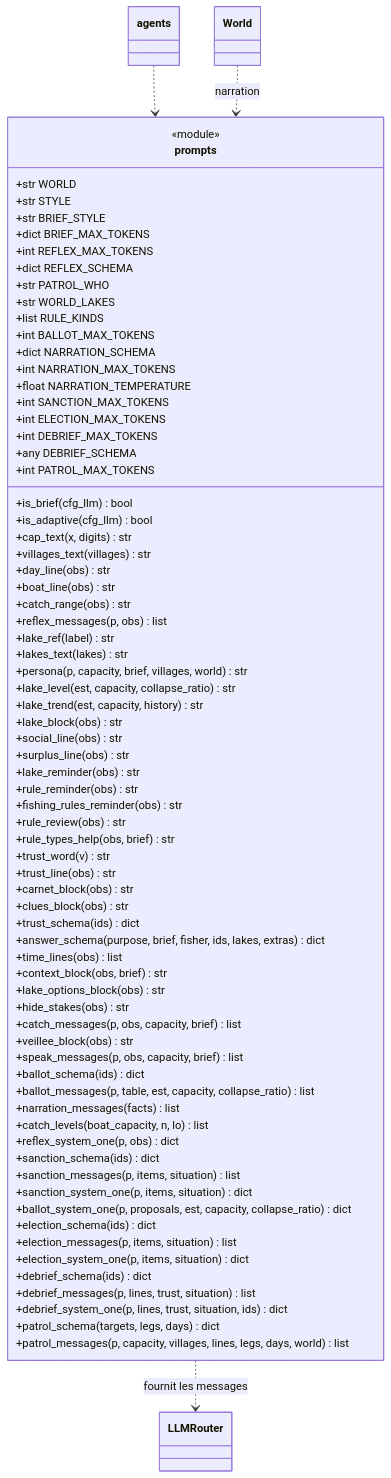
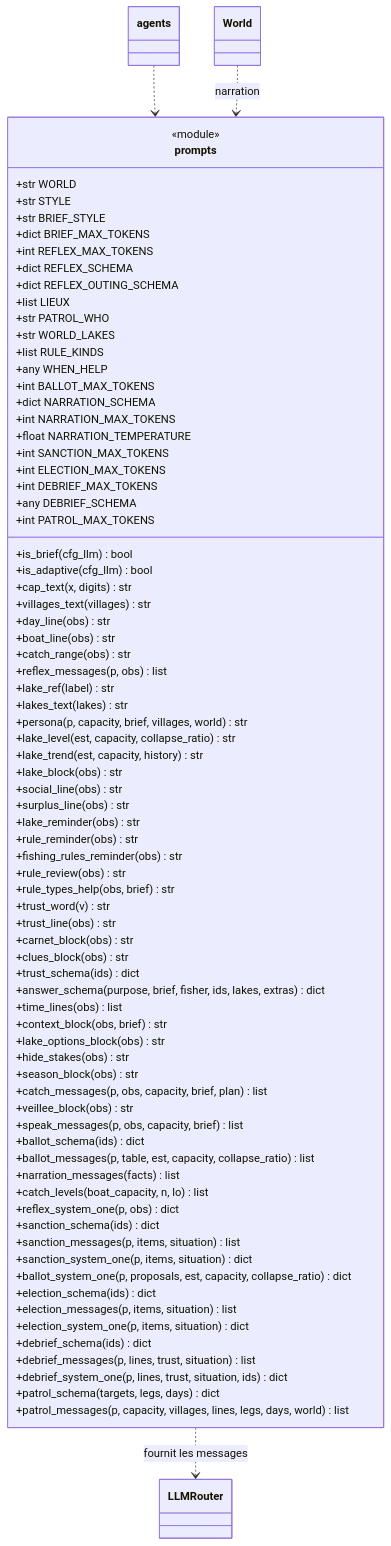
The second of 5 diagrams in docs/uml/classes-decisions.md (Romain-LM-Dev/Projet-Parcours---Filets-de-Vellmor), drawn with Mermaid before and after one commit. The commit also changed other lines of this file and 14 other files, not shown here.

```diff
--- a/docs/uml/classes-decisions.md
+++ b/docs/uml/classes-decisions.md
@@ -126,9 +141,12 @@
         +dict BRIEF_MAX_TOKENS
         +int REFLEX_MAX_TOKENS
         +dict REFLEX_SCHEMA
+        +dict REFLEX_OUTING_SCHEMA
+        +list LIEUX
         +str PATROL_WHO
         +str WORLD_LAKES
         +list RULE_KINDS
+        +any WHEN_HELP
         +int BALLOT_MAX_TOKENS
         +dict NARRATION_SCHEMA
         +int NARRATION_MAX_TOKENS
@@ -169,7 +187,8 @@
         +context_block(obs, brief) str
         +lake_options_block(obs) str
         +hide_stakes(obs) str
-        +catch_messages(p, obs, capacity, brief) list
+        +season_block(obs) str
+        +catch_messages(p, obs, capacity, brief, plan) list
         +veillee_block(obs) str
         +speak_messages(p, obs, capacity, brief) list
         +ballot_schema(ids) dict
```
